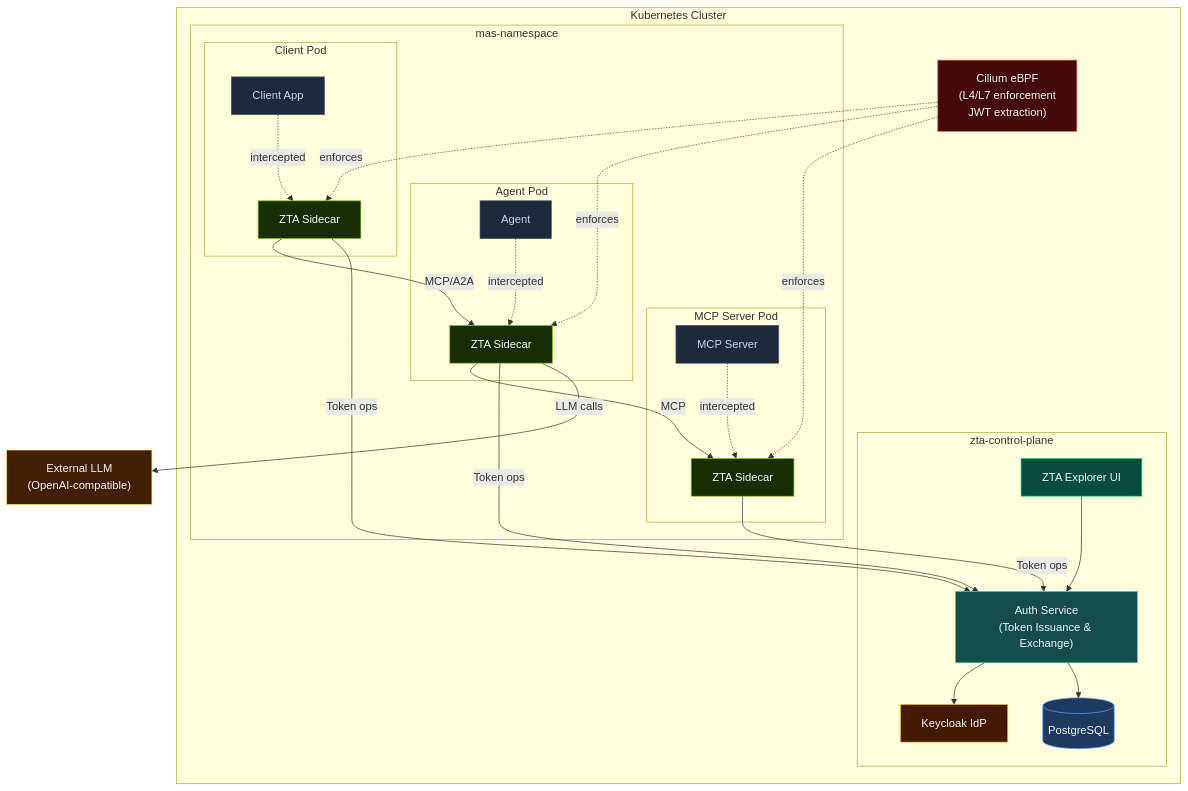
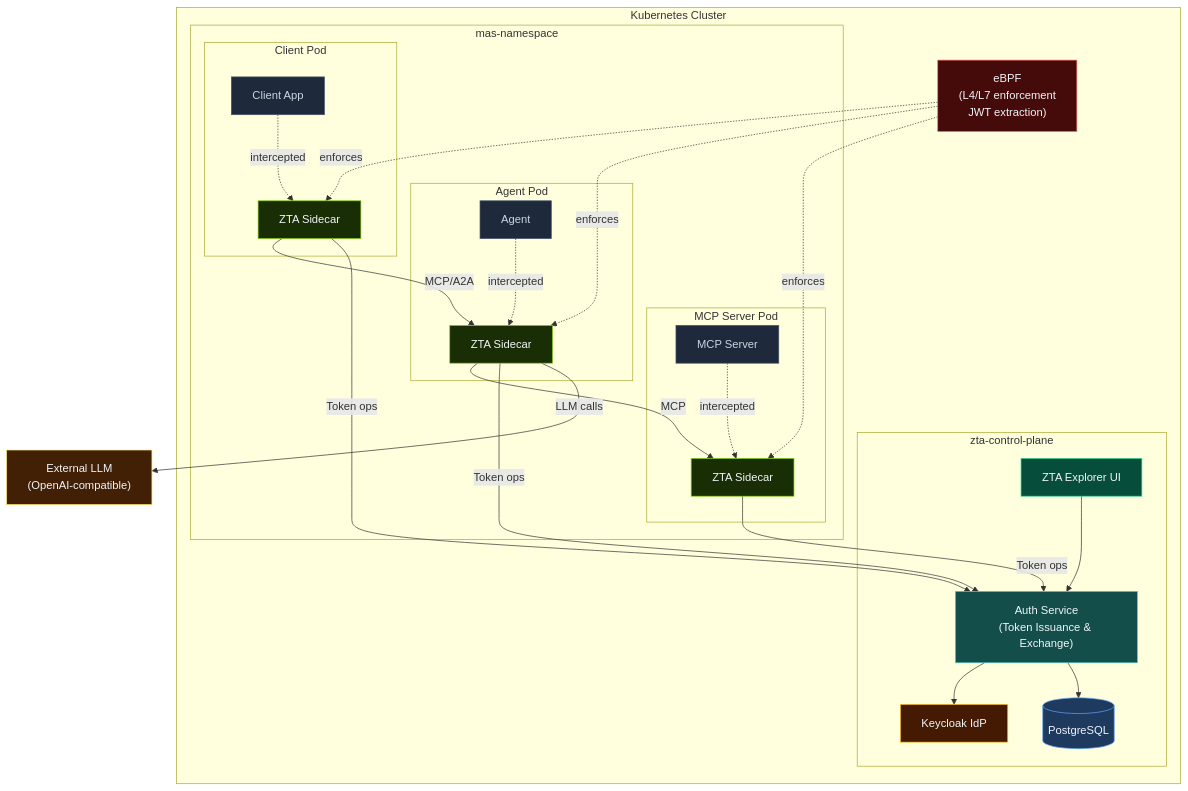
Before and after one commit to outshift-open/CASA: the diagram in README.md, drawn with Mermaid. The commit also changed 2 other files, not shown here.

Commit message:
docs: Update eBPF

````diff
--- a/README.md
+++ b/README.md
@@ -23,55 +23,55 @@
 ```mermaid
 graph TB
     subgraph "Kubernetes Cluster"
         subgraph "zta-control-plane"
             AUTH["Auth Service\n(Token Issuance & Exchange)"]
             KC["Keycloak IdP"]
             PG[("PostgreSQL")]
             UI["ZTA Explorer UI"]
             AUTH --> KC
             AUTH --> PG
             UI --> AUTH
         end
 
         subgraph "mas-namespace"
             subgraph "Client Pod"
                 CL["Client App"]
                 CLS["ZTA Sidecar"]
                 CL -.->|intercepted| CLS
             end
             subgraph "Agent Pod"
                 AG["Agent"]
                 AGS["ZTA Sidecar"]
                 AG -.->|intercepted| AGS
             end
             subgraph "MCP Server Pod"
                 MCP["MCP Server"]
                 MCPS["ZTA Sidecar"]
                 MCP -.->|intercepted| MCPS
             end
             CLS -->|"MCP/A2A"| AGS
             AGS -->|"MCP"| MCPS
         end
 
-        EBPF["Cilium eBPF\n(L4/L7 enforcement\nJWT extraction)"]
+        EBPF["eBPF\n(L4/L7 enforcement\nJWT extraction)"]
         EBPF -.->|enforces| CLS
         EBPF -.->|enforces| AGS
         EBPF -.->|enforces| MCPS
     end
 
     CLS & AGS & MCPS -->|"Token ops"| AUTH
     AGS -->|"LLM calls"| LLM["External LLM\n(OpenAI-compatible)"]
 
     style AUTH fill:#134e4a,stroke:#4ecdc4,color:#f1f5f9
     style KC   fill:#451a03,stroke:#fbbf24,color:#f1f5f9
     style PG   fill:#1e3a5f,stroke:#60a5fa,color:#f1f5f9
     style UI   fill:#064e3b,stroke:#34d399,color:#f1f5f9
     style CL   fill:#1e293b,stroke:#475569,color:#cbd5e1
     style CLS  fill:#1a2e05,stroke:#84cc16,color:#f1f5f9
     style AG   fill:#1e293b,stroke:#475569,color:#cbd5e1
     style AGS  fill:#1a2e05,stroke:#84cc16,color:#f1f5f9
     style MCP  fill:#1e293b,stroke:#475569,color:#cbd5e1
     style MCPS fill:#1a2e05,stroke:#84cc16,color:#f1f5f9
     style EBPF fill:#450a0a,stroke:#ff6b6b,color:#f1f5f9
     style LLM  fill:#422006,stroke:#ffe66d,color:#f1f5f9
 ```
````
